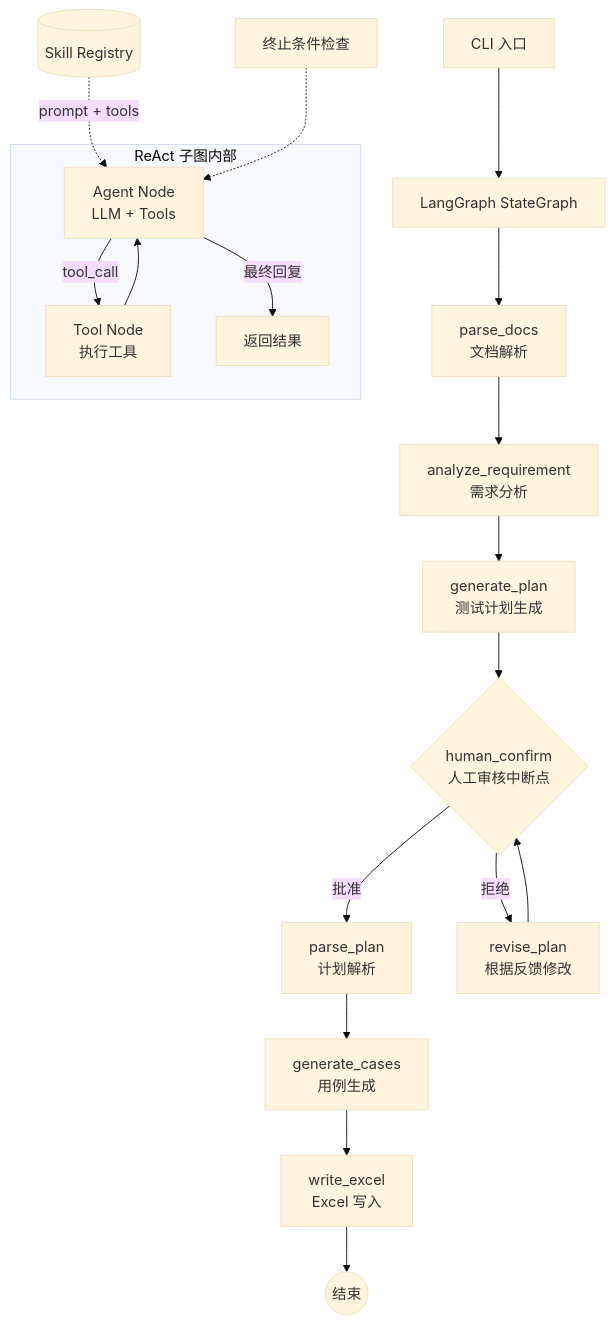
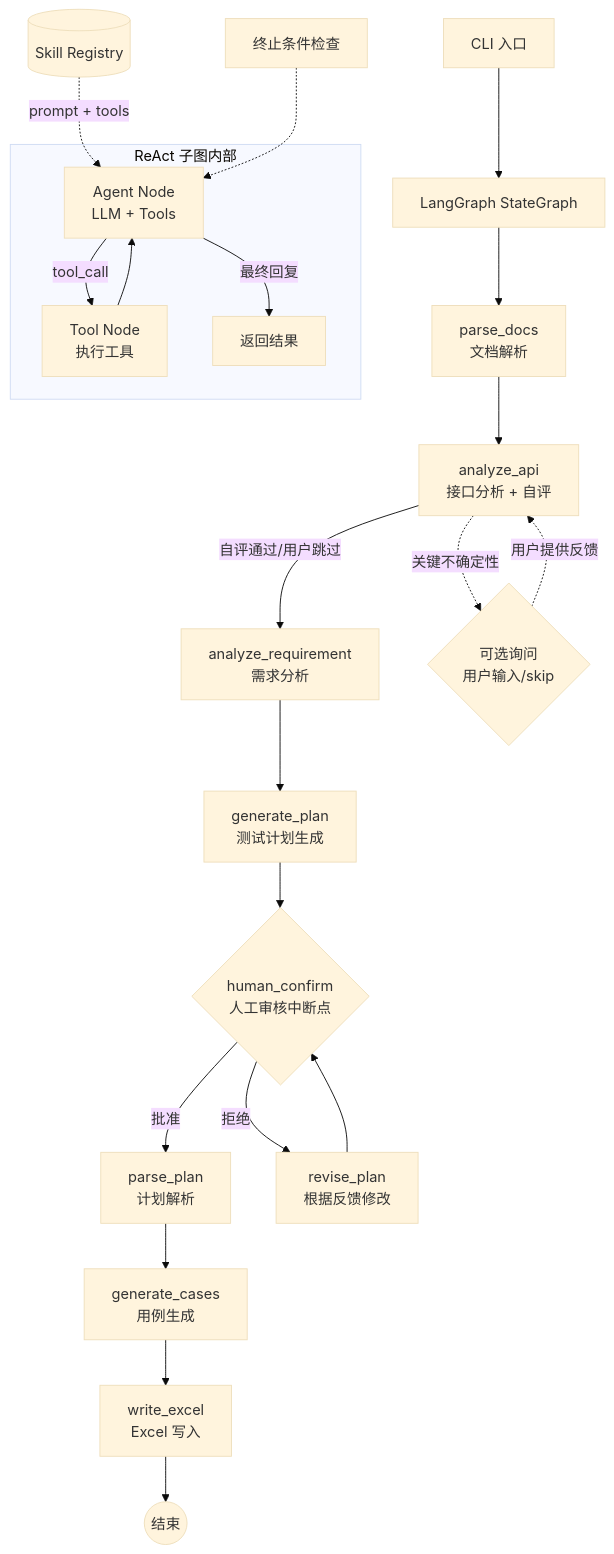
Before and after one commit to Remon-16/flow-forge: the diagram in agent/README.md, drawn with Mermaid (base theme). The commit also changed other lines of this file and 9 other files, not shown here.

````diff
--- a/agent/README.md
+++ b/agent/README.md
@@ -7,23 +7,26 @@
 ```mermaid
 graph TD
     CLI[CLI 入口] --> GRAPH[LangGraph StateGraph]
     GRAPH --> PARSE[parse_docs<br/>文档解析]
-    PARSE --> ANALYZE[analyze_requirement<br/>需求分析]
-    ANALYZE --> GEN_PLAN[generate_plan<br/>测试计划生成]
+    PARSE --> ANALYZE_API[analyze_api<br/>接口分析 + 自评]
+    ANALYZE_API -->|自评通过/用户跳过| ANALYZE_REQ[analyze_requirement<br/>需求分析]
+    ANALYZE_API -.->|关键不确定性| API_ASK{可选询问<br/>用户输入/skip}
+    API_ASK -.->|用户提供反馈| ANALYZE_API
+    ANALYZE_REQ --> GEN_PLAN[generate_plan<br/>测试计划生成]
     GEN_PLAN --> CONFIRM{human_confirm<br/>人工审核中断点}
     CONFIRM -->|批准| PARSE_PLAN[parse_plan<br/>计划解析]
     CONFIRM -->|拒绝| REVISE[revise_plan<br/>根据反馈修改]
     REVISE --> CONFIRM
     PARSE_PLAN --> GEN_CASES[generate_cases<br/>用例生成]
     GEN_CASES --> WRITE[write_excel<br/>Excel 写入]
     WRITE --> END((结束))
 
     subgraph ReAct 子图内部
         AGENT[Agent Node<br/>LLM + Tools] -->|tool_call| TOOLS[Tool Node<br/>执行工具]
         TOOLS --> AGENT
         AGENT -->|最终回复| DONE[返回结果]
     end
 
     SKILLS[(Skill Registry)] -.->|prompt + tools| AGENT
     TERM[终止条件检查] -.-> AGENT
 ```
````
